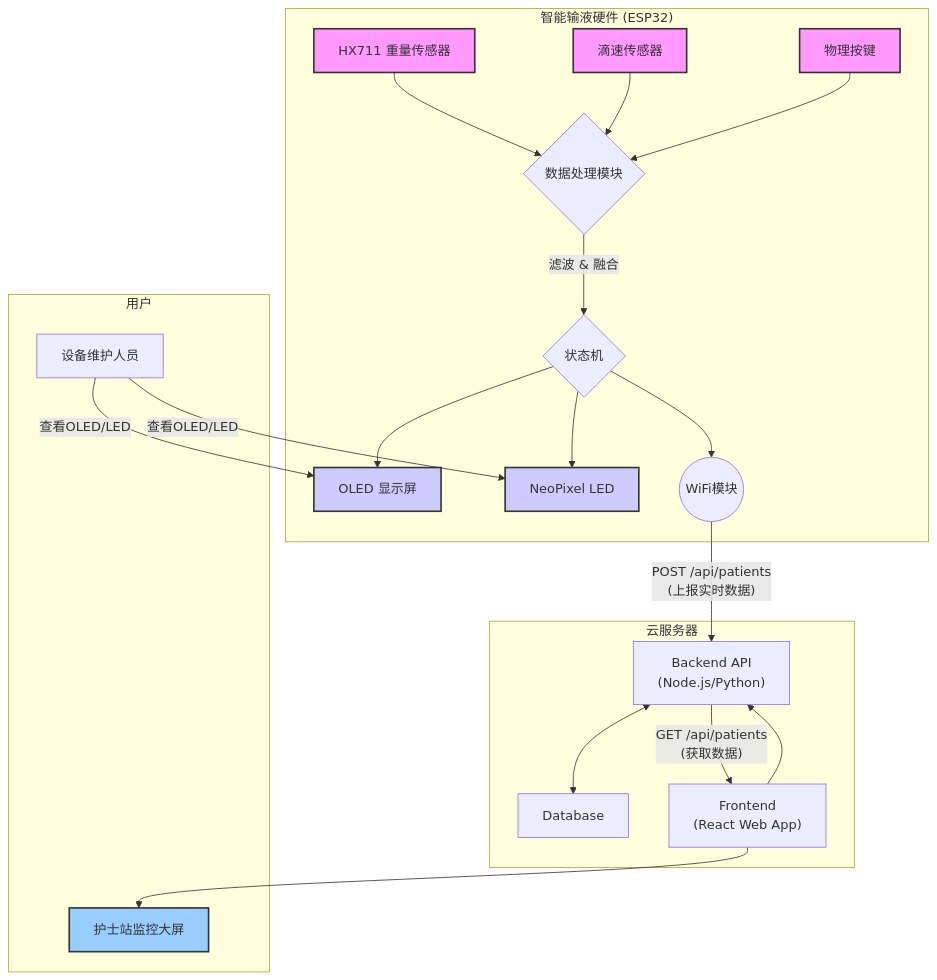
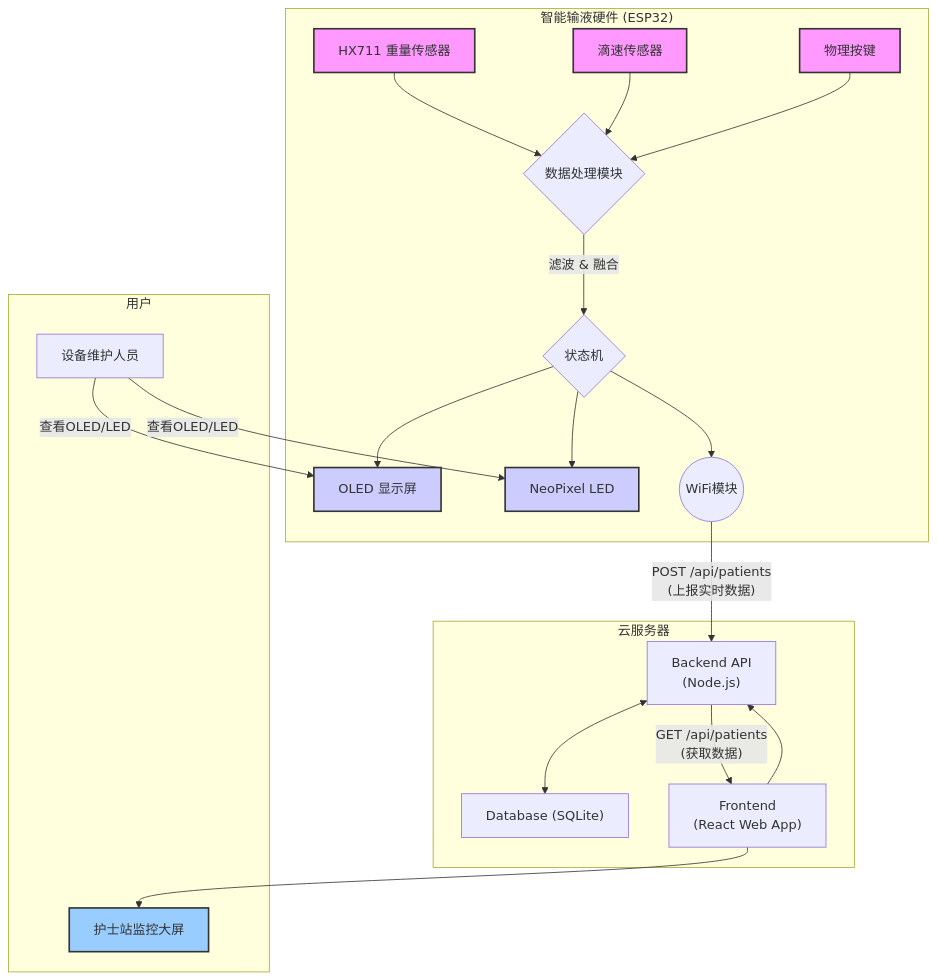
One commit to Owen1B/FusionFlow changed the diagram in README.md. Above: the diagram before and after it, drawn with Mermaid. The commit also changed other lines of this file, not shown here.

````diff
--- a/README.md
+++ b/README.md
@@ -15,38 +49,38 @@
 ```mermaid
 graph TD
     subgraph "智能输液硬件 (ESP32)"
         A["HX711 重量传感器"] --> C{"数据处理模块"};
         B["滴速传感器"] --> C;
         D["物理按键"] --> C;
         C -- "滤波 & 融合" --> E{"状态机"};
         E --> F["OLED 显示屏"];
         E --> G["NeoPixel LED"];
         E --> H(("WiFi模块"));
     end
 
     subgraph "云服务器"
-        I["Backend API <br/> (Node.js/Python)"]
-        J["Database"]
+        I["Backend API <br/> (Node.js)"]
+        J["Database (SQLite)"]
         K["Frontend <br/> (React Web App)"]
         
         I <--> J;
         K --> I;
     end
     
     subgraph "用户"
         L["护士站监控大屏"]
         M["设备维护人员"]
     end
 
     H -- "POST /api/patients <br/> (上报实时数据)" --> I;
     I -- "GET /api/patients <br/> (获取数据)" --> K;
     K --> L;
     M -- "查看OLED/LED" --> F & G;
 
     style A fill:#f9f,stroke:#333,stroke-width:2px
     style B fill:#f9f,stroke:#333,stroke-width:2px
     style D fill:#f9f,stroke:#333,stroke-width:2px
     style F fill:#ccf,stroke:#333,stroke-width:2px
     style G fill:#ccf,stroke:#333,stroke-width:2px
     style L fill:#9cf,stroke:#333,stroke-width:2px
 ```
````
